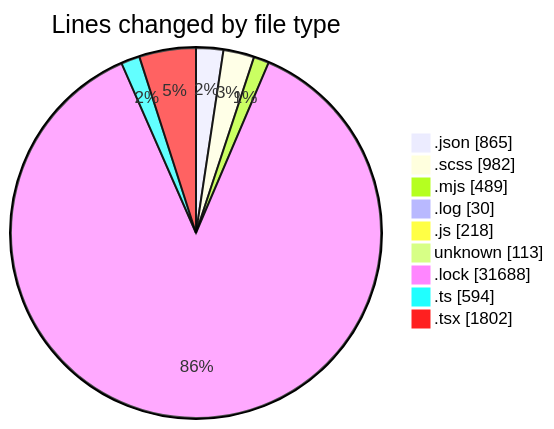
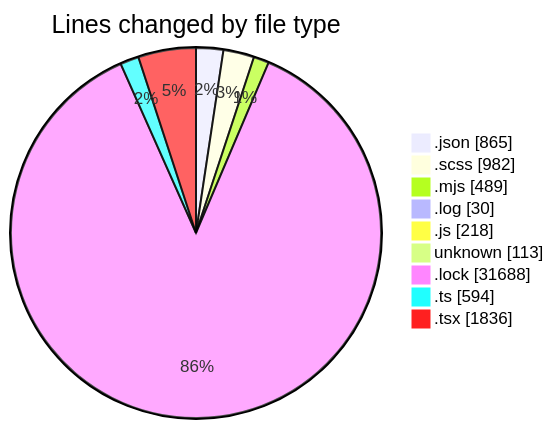
The first of 2 diagrams in 2026-08-12/cda/README.md (momahboobian/code-tracking), drawn with Mermaid before and after one commit. The commit also changed other lines of this file and 1 other file, not shown here.

````diff
--- a/2026-08-12/cda/README.md
+++ b/2026-08-12/cda/README.md
@@ -57,13 +57,13 @@
 ```mermaid
 pie showData
 title Lines changed by file type
 ".json" : 865
 ".scss" : 982
 ".mjs" : 489
 ".log" : 30
 ".js" : 218
 "unknown" : 113
 ".lock" : 31688
 ".ts" : 594
-".tsx" : 1802
+".tsx" : 1836
 ```
````
